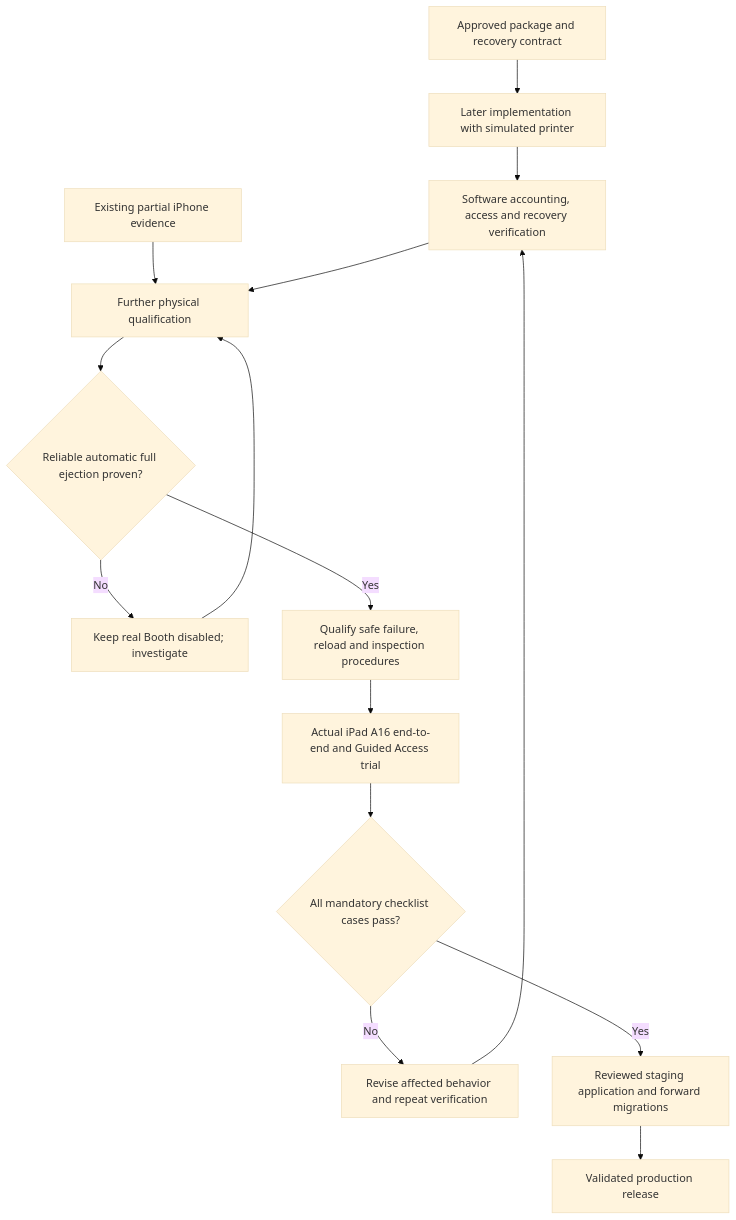
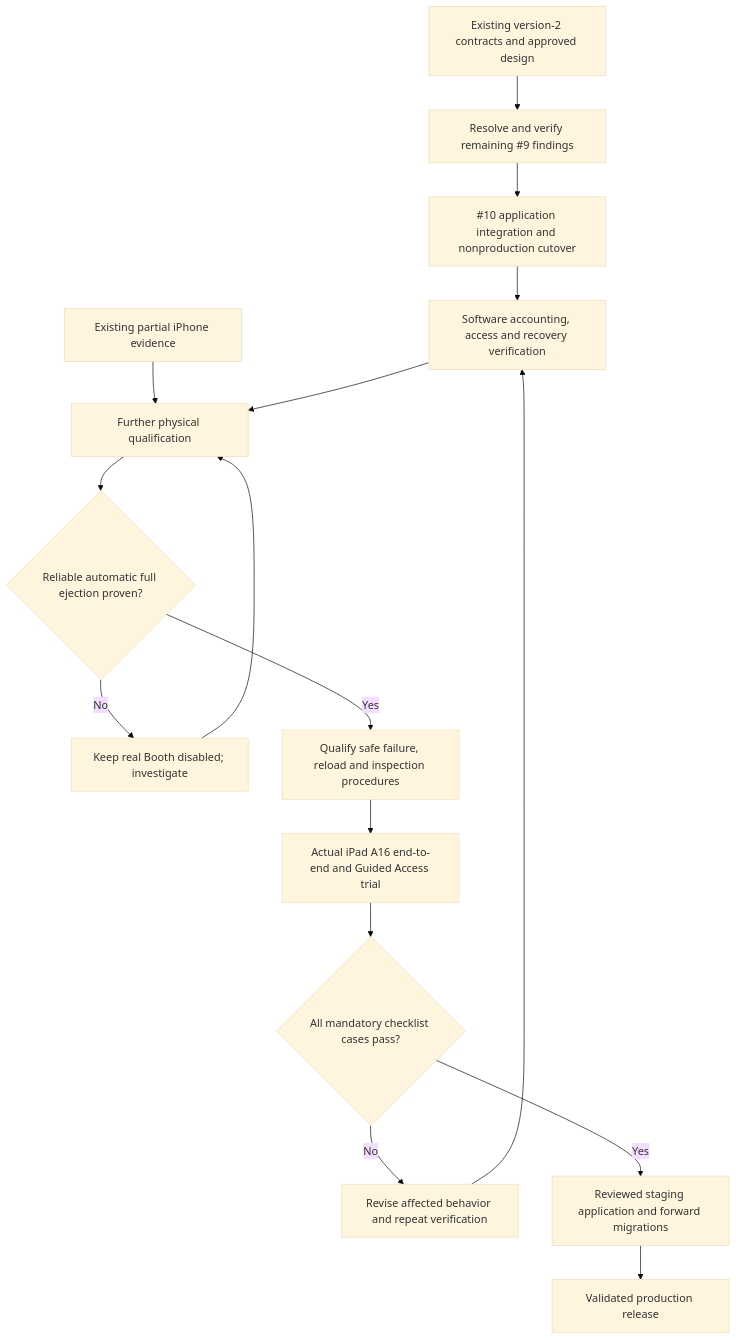
The diagram in docs/diagrams/printing-to-deployment-flow.md (noelorph/diy-instax-photobooth), drawn with Mermaid (base theme) before and after one commit. The commit also changed other lines of this file and 12 other files, not shown here.

````diff
--- a/docs/diagrams/printing-to-deployment-flow.md
+++ b/docs/diagrams/printing-to-deployment-flow.md
@@ -5,17 +5,18 @@
 ```mermaid
 flowchart TD
-  D[Approved package and recovery contract] --> S[Later implementation with simulated printer]
+  D[Existing version-2 contracts and approved design] --> C[Resolve and verify remaining #9 findings]
+  C --> S[#10 application integration and nonproduction cutover]
   S --> V[Software accounting, access and recovery verification]
   E[Existing partial iPhone evidence] --> H[Further physical qualification]
   V --> H
   H --> A{Reliable automatic full ejection proven?}
   A -->|No| X[Keep real Booth disabled; investigate]
   X --> H
   A -->|Yes| R[Qualify safe failure, reload and inspection procedures]
   R --> I[Actual iPad A16 end-to-end and Guided Access trial]
   I --> P{All mandatory checklist cases pass?}
   P -->|No| F[Revise affected behavior and repeat verification]
   F --> V
   P -->|Yes| T[Reviewed staging application and forward migrations]
   T --> L[Validated production release]
 ```
````
